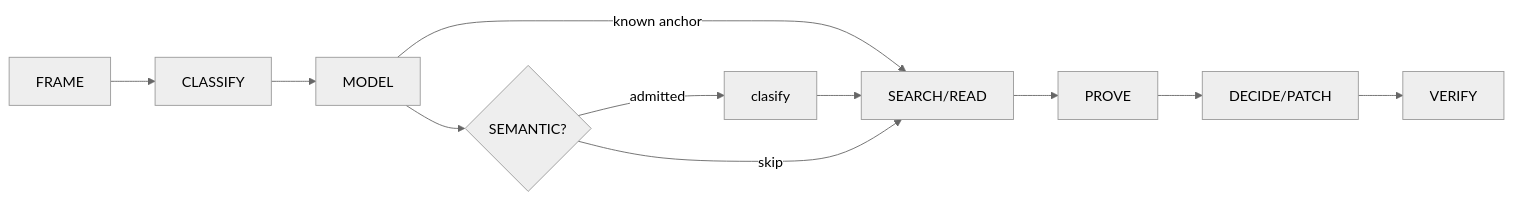
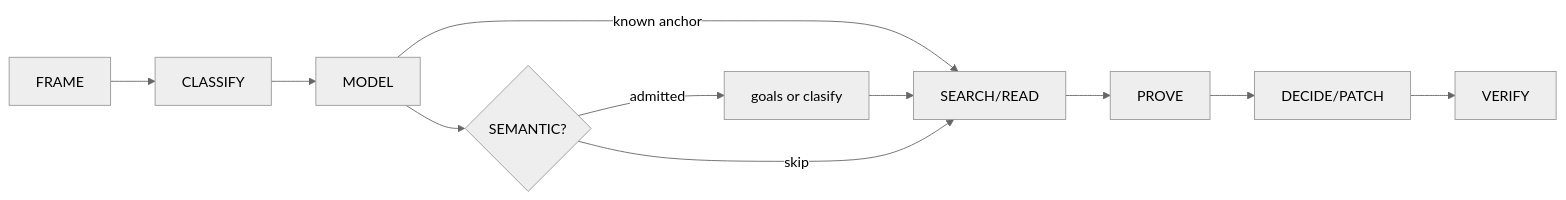
One commit to bgauryy/octocode-mcp changed the diagram in skills/octocode-research/SKILL.md. Above: the diagram before and after it, drawn with Mermaid (neutral theme). The commit also changed other lines of this file and 233 other files, not shown here.

````diff
--- a/skills/octocode-research/SKILL.md
+++ b/skills/octocode-research/SKILL.md
@@ -12,8 +12,8 @@
 ```mermaid
 flowchart LR
   F[FRAME] --> C[CLASSIFY] --> M[MODEL] --> S{"SEMANTIC?"}
   M -- "known anchor" --> R
-  S -- "admitted" --> Q[clasify] --> R
+  S -- "admitted" --> Q[goals or clasify] --> R
   S -- "skip" --> R["SEARCH/READ"]
   R --> P[PROVE] --> D["DECIDE/PATCH"] --> V[VERIFY]
 ```
````
